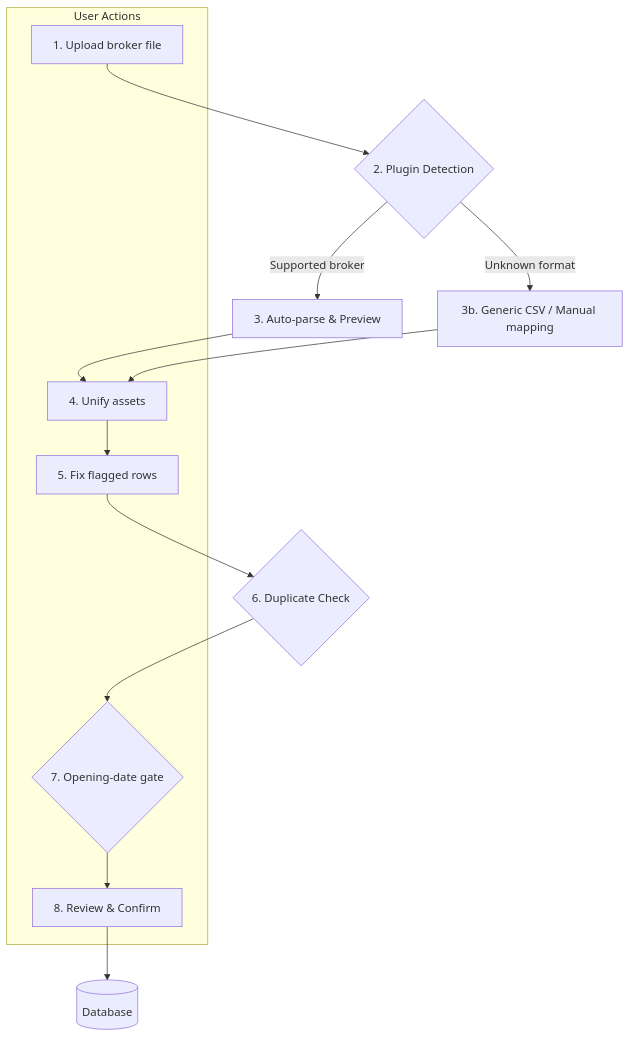
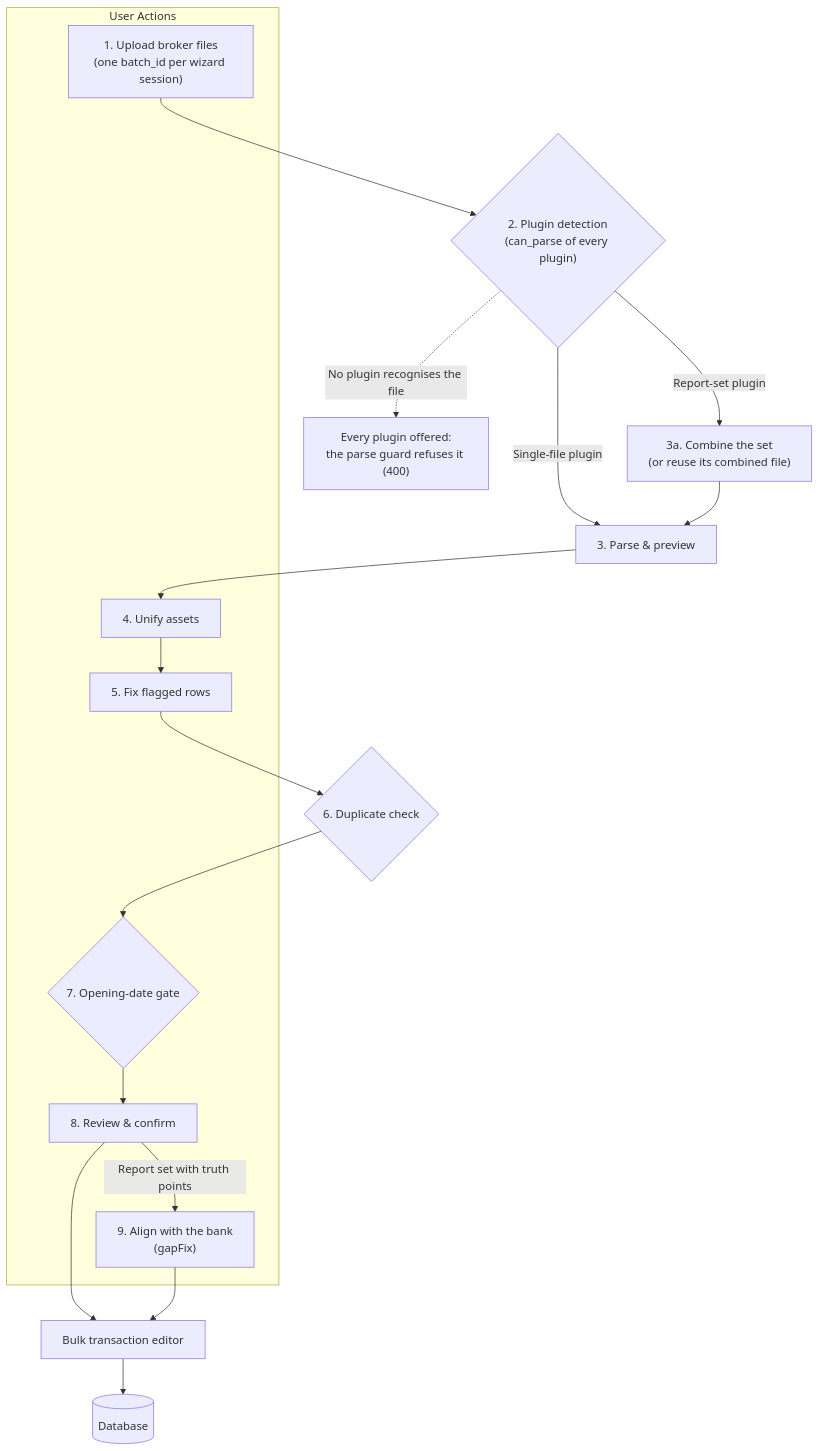
One commit to Librefolio/LibreFolio changed the diagram in mkdocs_src/docs/developer/backend/brim/architecture.md. Above: the diagram before and after it, drawn with Mermaid. The commit also changed other lines of this file and 49 other files, not shown here.

First line of the commit message:
docs(dev): align developer manual with 1.2

````diff
--- a/mkdocs_src/docs/developer/backend/brim/architecture.md
+++ b/mkdocs_src/docs/developer/backend/brim/architecture.md
@@ -9,21 +9,26 @@
 ```mermaid
 graph TD
-    A[1. Upload broker file] --> B{2. Plugin Detection}
-    B -->|Supported broker| C[3. Auto-parse & Preview]
-    B -->|Unknown format| D[3b. Generic CSV / Manual mapping]
-    C --> E[4. Unify assets]
-    D --> E
-    E --> X[5. Fix flagged rows]
-    X --> I{6. Duplicate Check}
-    I --> F{7. Opening-date gate}
-    F --> G[8. Review & Confirm]
-    G --> H[(Database)]
+    A["1. Upload broker files<br/>(one batch_id per wizard session)"] --> B{"2. Plugin detection<br/>(can_parse of every plugin)"}
+    B -->|Single-file plugin| C["3. Parse & preview"]
+    B -->|Report-set plugin| S["3a. Combine the set<br/>(or reuse its combined file)"]
+    B -.->|No plugin recognises the file| R["Every plugin offered:<br/>the parse guard refuses it (400)"]
+    S --> C
+    C --> E["4. Unify assets"]
+    E --> X["5. Fix flagged rows"]
+    X --> I{"6. Duplicate check"}
+    I --> F{"7. Opening-date gate"}
+    F --> G["8. Review & confirm"]
+    G -->|Report set with truth points| Z["9. Align with the bank<br/>(gapFix)"]
+    G --> H["Bulk transaction editor"]
+    Z --> H
+    H --> DB[(Database)]
 
     subgraph User Actions
         A
         E
         X
         F
         G
+        Z
     end
 ```
````
